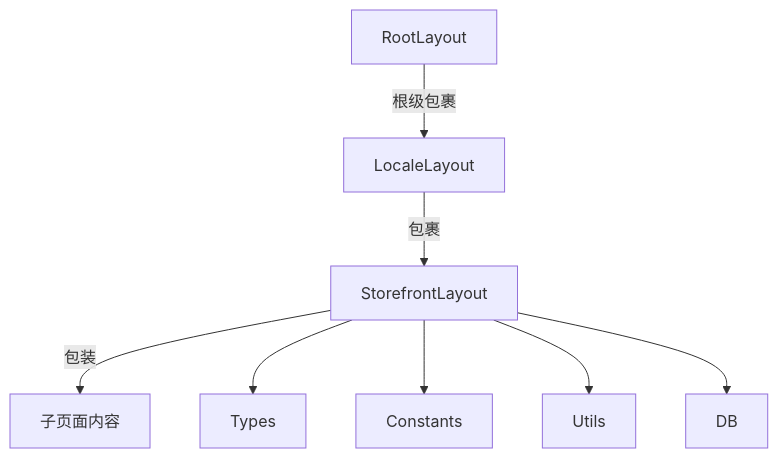
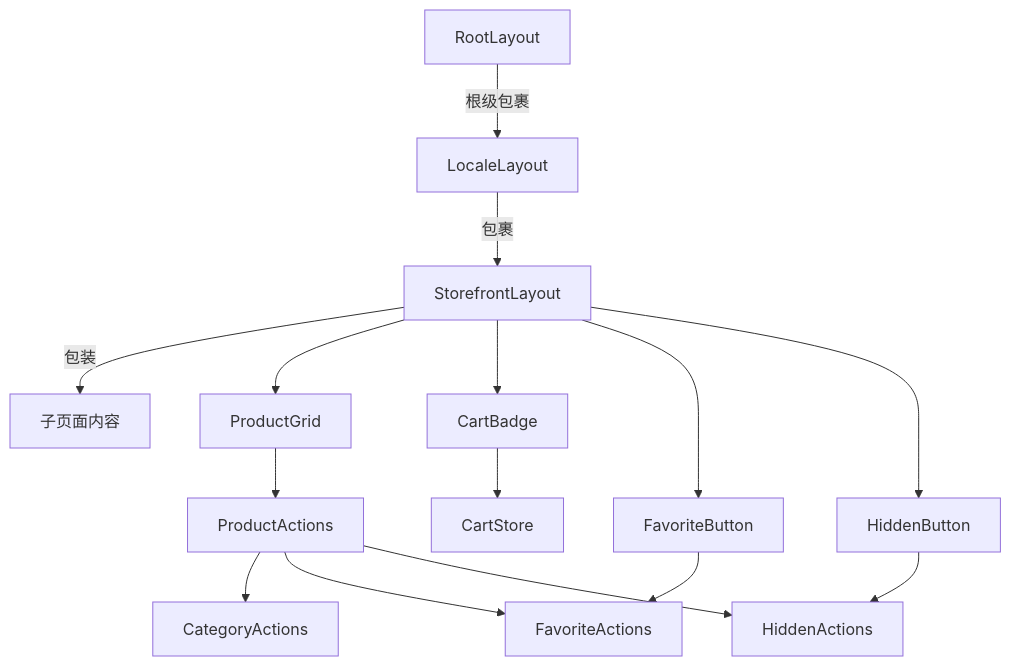
The second of 9 diagrams in .qoder/repowiki/zh/content/前台商店系统/前台商店系统.md (three3638-arch/celestia_2b), drawn with Mermaid before and after one commit. The commit also changed other lines of this file and 17 other files, not shown here.

````diff
--- a/.qoder/repowiki/zh/content/前台商店系统/前台商店系统.md
+++ b/.qoder/repowiki/zh/content/前台商店系统/前台商店系统.md
@@ -107,10 +177,17 @@
 ```mermaid
 graph TB
 StorefrontLayout --> |"包装"| Children["子页面内容"]
 LocaleLayout --> |"包裹"| StorefrontLayout
 RootLayout --> |"根级包裹"| LocaleLayout
-StorefrontLayout --> Types
-StorefrontLayout --> Constants
-StorefrontLayout --> Utils
-StorefrontLayout --> DB
+StorefrontLayout --> ProductGrid
+StorefrontLayout --> CartBadge
+StorefrontLayout --> FavoriteButton
+StorefrontLayout --> HiddenButton
+ProductGrid --> ProductActions
+FavoriteButton --> FavoriteActions
+HiddenButton --> HiddenActions
+CartBadge --> CartStore
+ProductActions --> CategoryActions
+ProductActions --> FavoriteActions
+ProductActions --> HiddenActions
 ```
````
